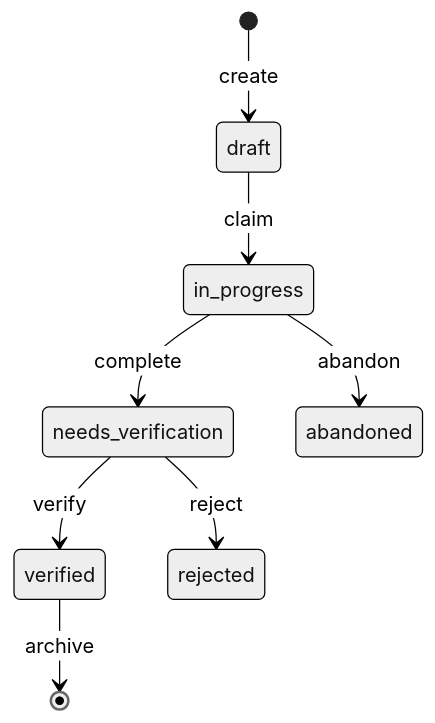
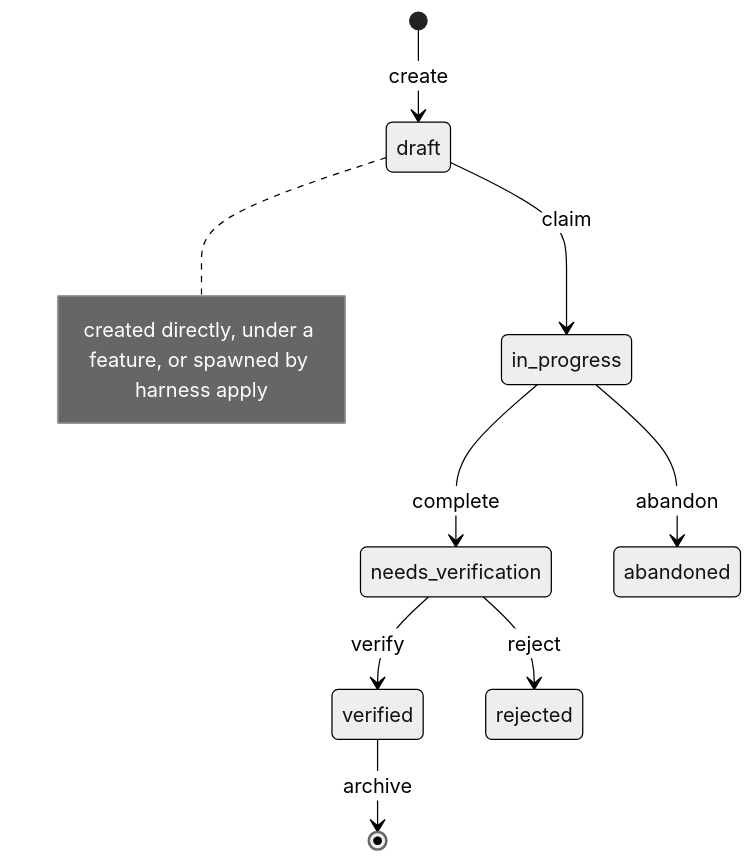
One commit to ReinaMacCredy/maestro changed the second of 4 diagrams in README.md. Above: the diagram before and after it, drawn with Mermaid (neutral theme). The commit also changed other lines of this file, not shown here.

First line of the commit message:
docs(readme): document the harness lifecycle and combined workflows

````diff
--- a/README.md
+++ b/README.md
@@ -52,10 +52,11 @@
 ```mermaid
 stateDiagram-v2
     [*] --> draft: create
+    note right of draft : created directly, under a feature, or spawned by harness apply
     draft --> in_progress: claim
     in_progress --> needs_verification: complete
     needs_verification --> verified: verify
     in_progress --> abandoned: abandon
     needs_verification --> rejected: reject
     verified --> [*]: archive
 ```
````
